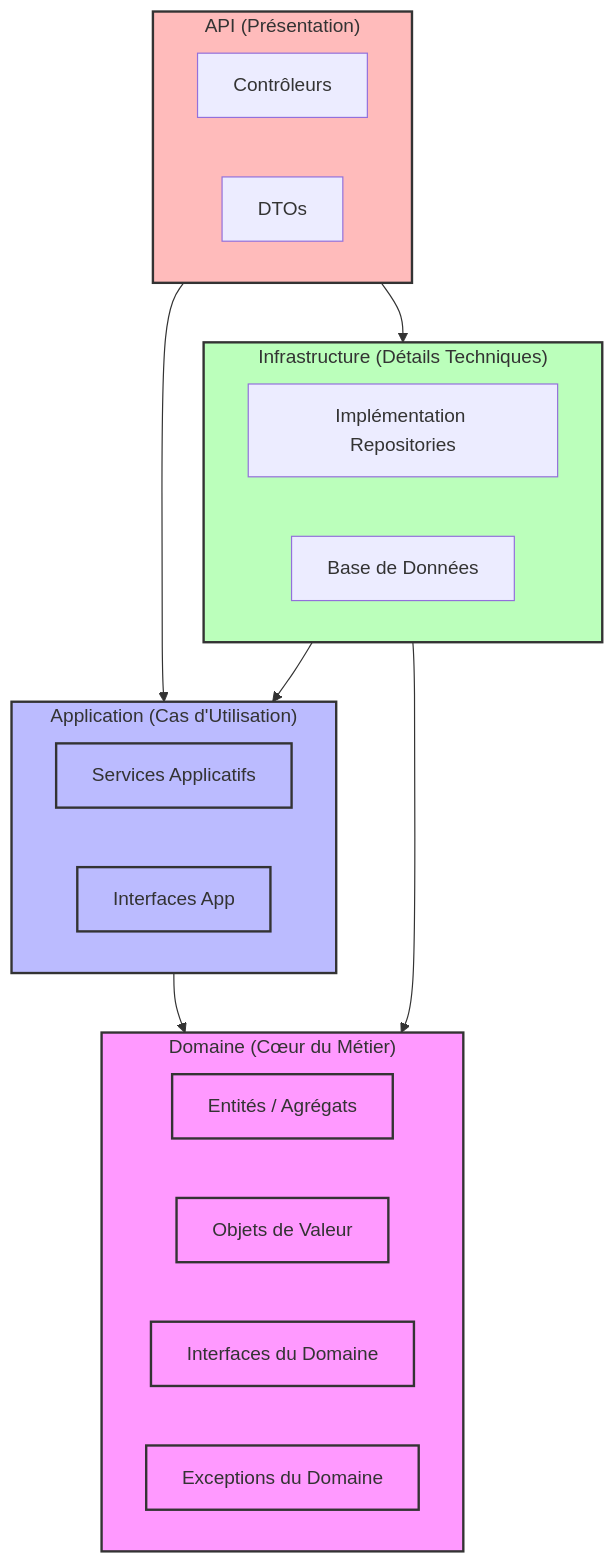
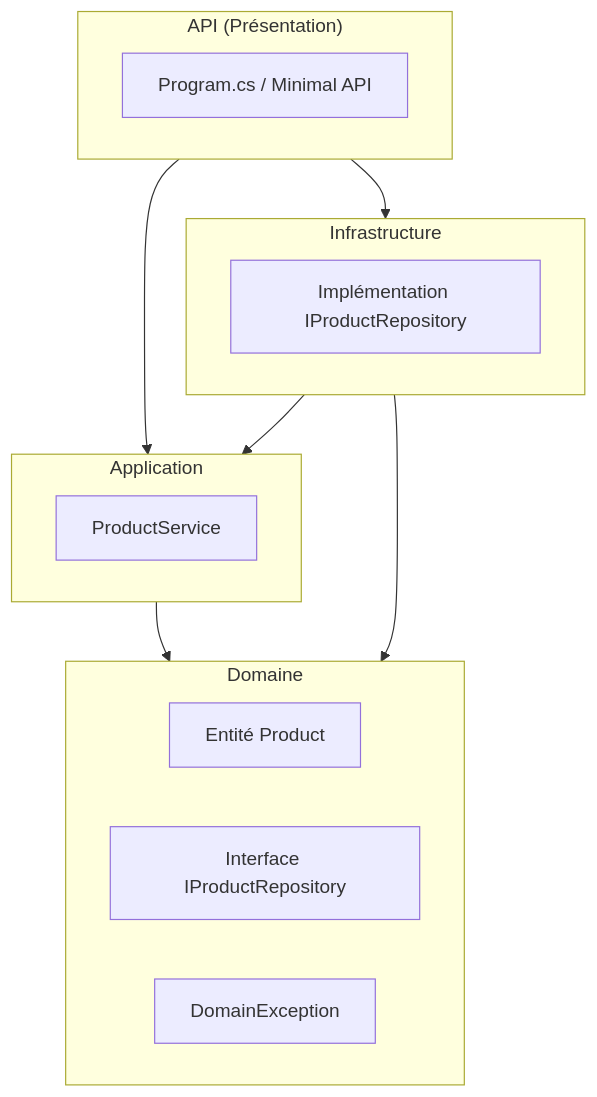
One commit to TAKARROUHT-Hamza/3il_AdvencedDev_C- changed the first of 2 diagrams in docs/Documentation_Technique.md. Above: the diagram before and after it, drawn with Mermaid. The commit also changed other lines of this file and 1 other file, not shown here.

````diff
--- a/docs/Documentation_Technique.md
+++ b/docs/Documentation_Technique.md
@@ -17,45 +22,26 @@
 ```mermaid
 graph TD
-    %% Definitions
-    subgraph Infrastructure ["Infrastructure (Détails Techniques)"]
-        RepoImplementation[Implémentation Repositories]
-        DB[Base de Données]
+    subgraph Infrastructure ["Infrastructure"]
+        RepoImpl[Implémentation IProductRepository]
     end
 
     subgraph API ["API (Présentation)"]
-        Controllers[Contrôleurs]
-        DTOs[DTOs]
+        Program[Program.cs / Minimal API]
     end
 
-    subgraph Application ["Application (Cas d'Utilisation)"]
-        Services[Services Applicatifs]
-        AppInterfaces[Interfaces App]
+    subgraph Application ["Application"]
+        ProdService[ProductService]
     end
 
-    subgraph Domain ["Domaine (Cœur du Métier)"]
-        Entities[Entités / Agrégats]
-        ValueObjects[Objets de Valeur]
-        DomainInterfaces[Interfaces du Domaine]
-        Exceptions[Exceptions du Domaine]
+    subgraph Domain ["Domaine"]
+        Product[Entité Product]
+        IRepo[Interface IProductRepository]
+        DomEx[DomainException]
     end
 
-    %% Dependencies
     API --> Application
     API --> Infrastructure
     Infrastructure --> Application
     Infrastructure --> Domain
     Application --> Domain
-
-    %% Styling
-    classDef domain fill:#f9f,stroke:#333,stroke-width:2px;
-    classDef app fill:#bbf,stroke:#333,stroke-width:2px;
-    classDef infra fill:#bfb,stroke:#333,stroke-width:2px;
-    classDef api fill:#fbb,stroke:#333,stroke-width:2px;
-
-    class Domain domain;
-    class Entities,ValueObjects,DomainInterfaces,Exceptions domain;
-    class Application app;
-    class Services,AppInterfaces app;
-    class Infrastructure infra;
-    class API api;
 ```
````
